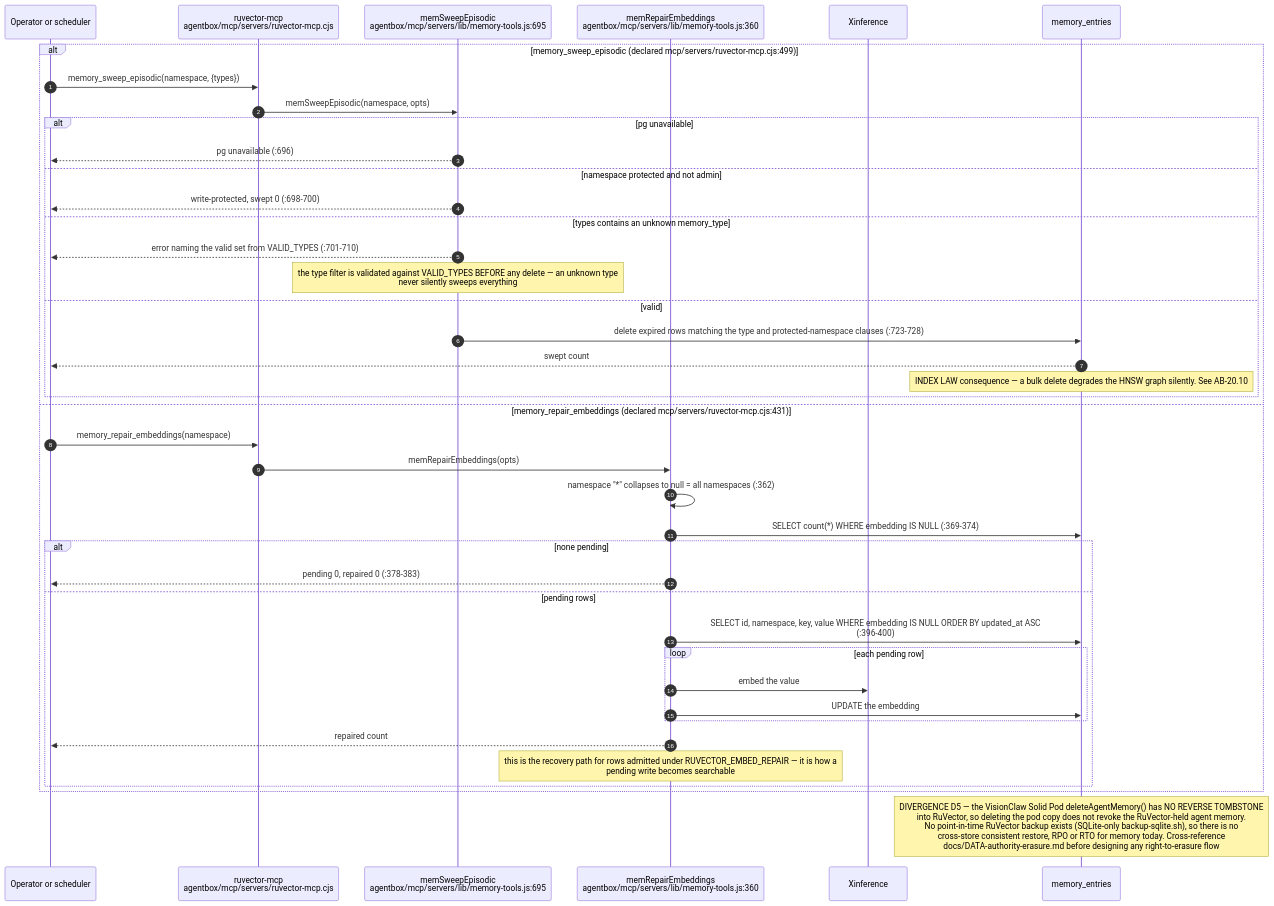
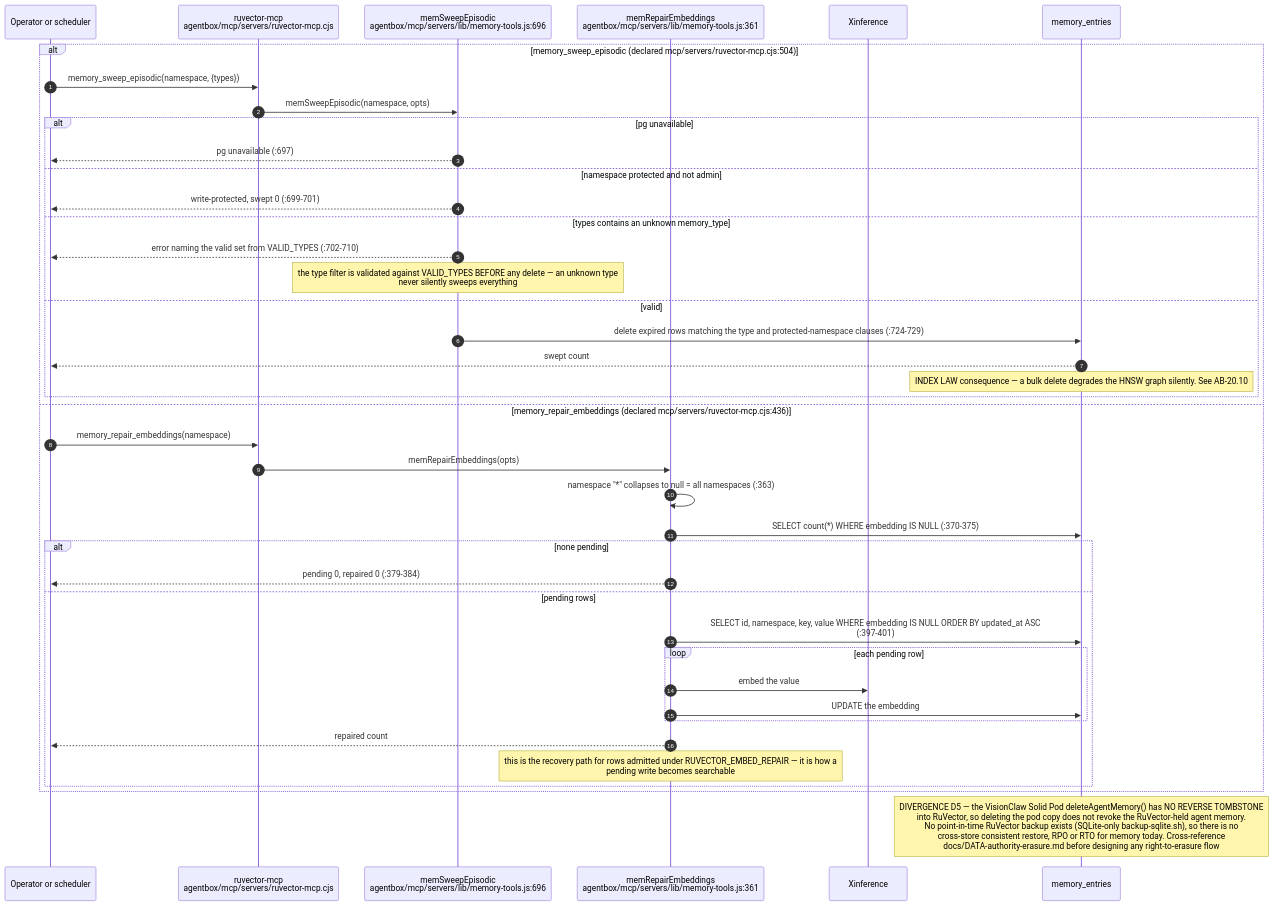
The seventh of 13 diagrams in docs/diagrams/agentbox/20-ruvector-memory-path.md (DreamLab-AI/VisionFlow), drawn with Mermaid before and after one commit. The commit also changed other lines of this file and 160 other files, not shown here.

````diff
--- a/docs/diagrams/agentbox/20-ruvector-memory-path.md
+++ b/docs/diagrams/agentbox/20-ruvector-memory-path.md
@@ -263,44 +268,44 @@
 ```mermaid
 sequenceDiagram
     autonumber
     participant OP as Operator or scheduler
     participant SRV as ruvector-mcp<br/>agentbox/mcp/servers/ruvector-mcp.cjs
-    participant SW as memSweepEpisodic<br/>agentbox/mcp/servers/lib/memory-tools.js:695
-    participant RP as memRepairEmbeddings<br/>agentbox/mcp/servers/lib/memory-tools.js:360
+    participant SW as memSweepEpisodic<br/>agentbox/mcp/servers/lib/memory-tools.js:696
+    participant RP as memRepairEmbeddings<br/>agentbox/mcp/servers/lib/memory-tools.js:361
     participant XI as Xinference
     participant PG as memory_entries
 
-    alt memory_sweep_episodic (declared mcp/servers/ruvector-mcp.cjs:499)
+    alt memory_sweep_episodic (declared mcp/servers/ruvector-mcp.cjs:504)
         OP->>SRV: memory_sweep_episodic(namespace, {types})
         SRV->>SW: memSweepEpisodic(namespace, opts)
         alt pg unavailable
-            SW-->>OP: pg unavailable (:696)
+            SW-->>OP: pg unavailable (:697)
         else namespace protected and not admin
-            SW-->>OP: write-protected, swept 0 (:698-700)
+            SW-->>OP: write-protected, swept 0 (:699-701)
         else types contains an unknown memory_type
-            SW-->>OP: error naming the valid set from VALID_TYPES (:701-710)
+            SW-->>OP: error naming the valid set from VALID_TYPES (:702-710)
             Note over SW: the type filter is validated against VALID_TYPES BEFORE any delete — an unknown type<br/>never silently sweeps everything
         else valid
-            SW->>PG: delete expired rows matching the type and protected-namespace clauses (:723-728)
+            SW->>PG: delete expired rows matching the type and protected-namespace clauses (:724-729)
             PG-->>OP: swept count
             Note over PG: INDEX LAW consequence — a bulk delete degrades the HNSW graph silently. See AB-20.10
         end
-    else memory_repair_embeddings (declared mcp/servers/ruvector-mcp.cjs:431)
+    else memory_repair_embeddings (declared mcp/servers/ruvector-mcp.cjs:436)
         OP->>SRV: memory_repair_embeddings(namespace)
         SRV->>RP: memRepairEmbeddings(opts)
-        RP->>RP: namespace "*" collapses to null = all namespaces (:362)
-        RP->>PG: SELECT count(*) WHERE embedding IS NULL (:369-374)
+        RP->>RP: namespace "*" collapses to null = all namespaces (:363)
+        RP->>PG: SELECT count(*) WHERE embedding IS NULL (:370-375)
         alt none pending
-            RP-->>OP: pending 0, repaired 0 (:378-383)
+            RP-->>OP: pending 0, repaired 0 (:379-384)
         else pending rows
-            RP->>PG: SELECT id, namespace, key, value WHERE embedding IS NULL ORDER BY updated_at ASC<br/>(:396-400)
+            RP->>PG: SELECT id, namespace, key, value WHERE embedding IS NULL ORDER BY updated_at ASC<br/>(:397-401)
             loop each pending row
                 RP->>XI: embed the value
                 RP->>PG: UPDATE the embedding
             end
             RP-->>OP: repaired count
             Note over RP: this is the recovery path for rows admitted under RUVECTOR_EMBED_REPAIR — it is how a<br/>pending write becomes searchable
         end
     end
     Note over PG: DIVERGENCE D5 — the VisionClaw Solid Pod deleteAgentMemory() has NO REVERSE TOMBSTONE<br/>into RuVector, so deleting the pod copy does not revoke the RuVector-held agent memory.<br/>No point-in-time RuVector backup exists (SQLite-only backup-sqlite.sh), so there is no<br/>cross-store consistent restore, RPO or RTO for memory today. Cross-reference<br/>docs/DATA-authority-erasure.md before designing any right-to-erasure flow
 ```
````
